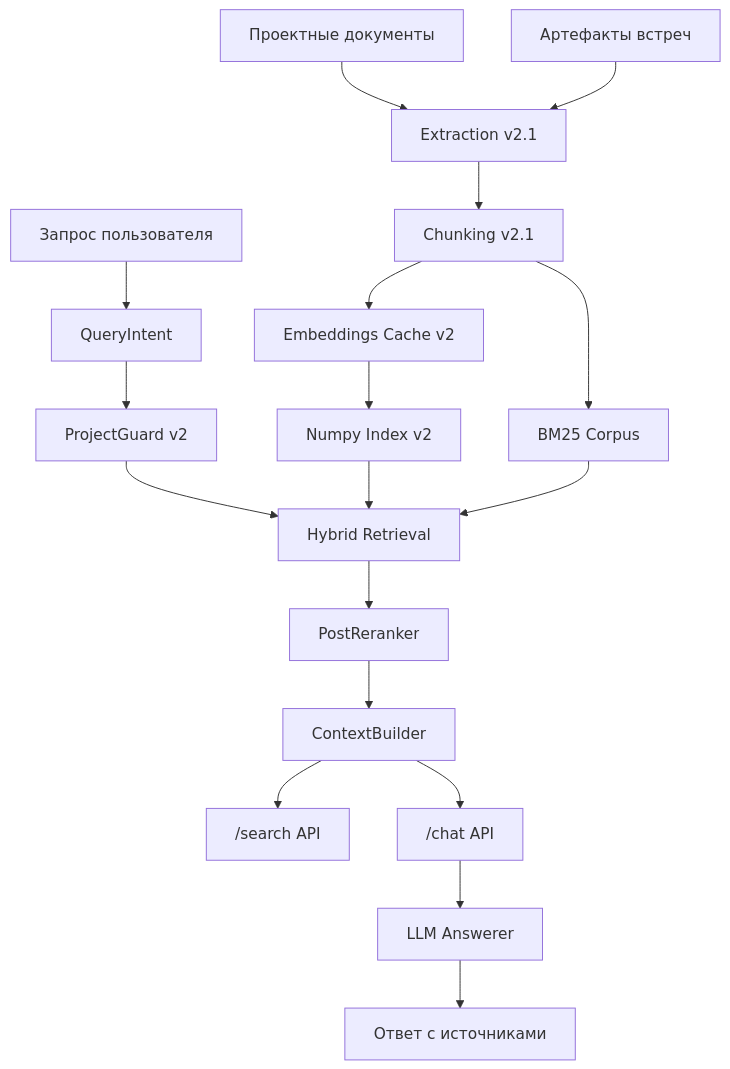
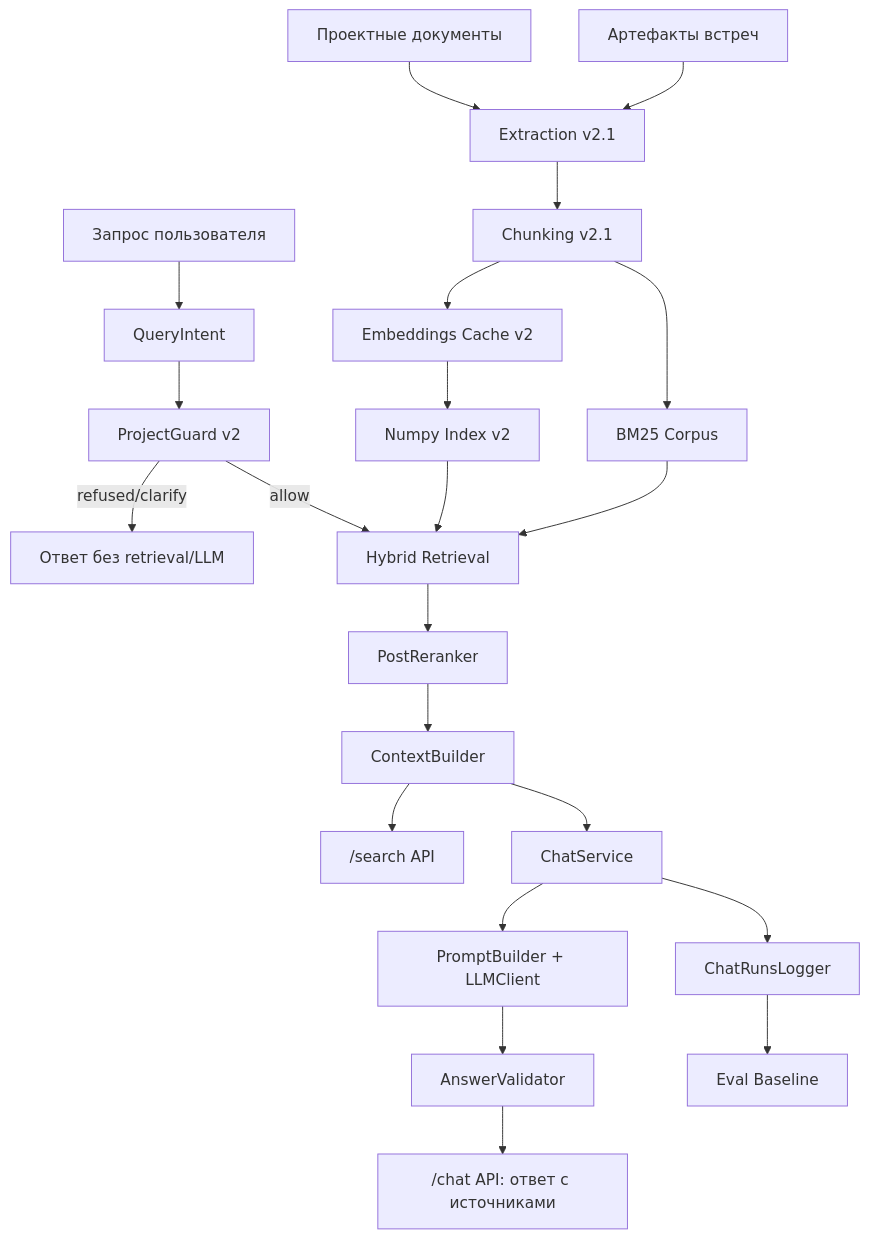
One commit to Anatoliy-Sysoev/MeetingAgent changed the first of 5 diagrams in docs/subprojects/asu-june-bot/product/07_product_architecture_and_relationships.md. Above: the diagram before and after it, drawn with Mermaid. The commit also changed other lines of this file, not shown here.

````diff
--- a/docs/subprojects/asu-june-bot/product/07_product_architecture_and_relationships.md
+++ b/docs/subprojects/asu-june-bot/product/07_product_architecture_and_relationships.md
@@ -16,20 +17,24 @@
 ```mermaid
 graph TD
     A["Проектные документы"] --> B["Extraction v2.1"]
     M["Артефакты встреч"] --> B
     B --> C["Chunking v2.1"]
     C --> D["Embeddings Cache v2"]
     C --> E["BM25 Corpus"]
     D --> F["Numpy Index v2"]
     Q["Запрос пользователя"] --> G["QueryIntent"]
     G --> H["ProjectGuard v2"]
-    H --> I["Hybrid Retrieval"]
+    H -->|refused/clarify| R0["Ответ без retrieval/LLM"]
+    H -->|allow| I["Hybrid Retrieval"]
     F --> I
     E --> I
     I --> J["PostReranker"]
     J --> K["ContextBuilder"]
     K --> L["/search API"]
-    K --> N["/chat API"]
-    N --> O["LLM Answerer"]
-    O --> P["Ответ с источниками"]
+    K --> N["ChatService"]
+    N --> O["PromptBuilder + LLMClient"]
+    O --> P["AnswerValidator"]
+    P --> X["/chat API: ответ с источниками"]
+    N --> LOG["ChatRunsLogger"]
+    LOG --> EV["Eval Baseline"]
 ```
````
